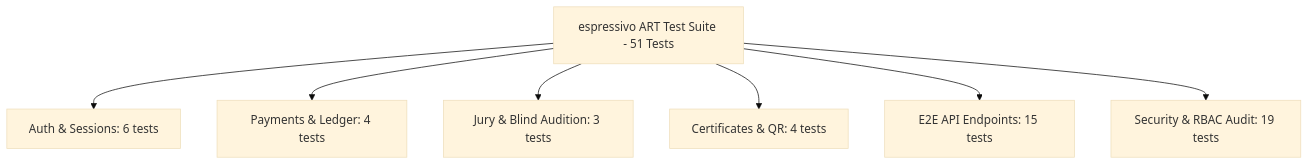
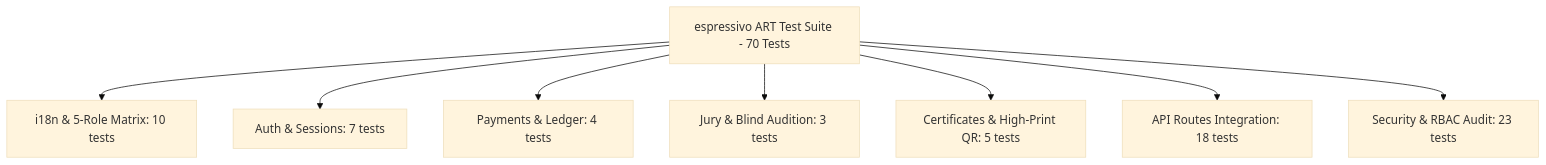
Before and after one commit to fen3211/espressivo-art: the diagram in docs/QA_REPORT.md, drawn with Mermaid (base theme). The commit also changed other lines of this file and 74 other files, not shown here.

Commit message:
feat(i18n,security,legal): complete RU/EN localization, security hardening, mock checkout, real QR certificates and full legal compliance suite

````diff
--- a/docs/QA_REPORT.md
+++ b/docs/QA_REPORT.md
@@ -27,9 +52,10 @@
 ```mermaid
 graph TD
-    A[espressivo ART Test Suite - 51 Tests] --> B[Auth & Sessions: 6 tests]
-    A --> C[Payments & Ledger: 4 tests]
-    A --> D[Jury & Blind Audition: 3 tests]
-    A --> E[Certificates & QR: 4 tests]
-    A --> F[E2E API Endpoints: 15 tests]
-    A --> G[Security & RBAC Audit: 19 tests]
+    A[espressivo ART Test Suite - 70 Tests] --> B[i18n & 5-Role Matrix: 10 tests]
+    A --> C[Auth & Sessions: 7 tests]
+    A --> D[Payments & Ledger: 4 tests]
+    A --> E[Jury & Blind Audition: 3 tests]
+    A --> F[Certificates & High-Print QR: 5 tests]
+    A --> G[API Routes Integration: 18 tests]
+    A --> H[Security & RBAC Audit: 23 tests]
 ```
````
